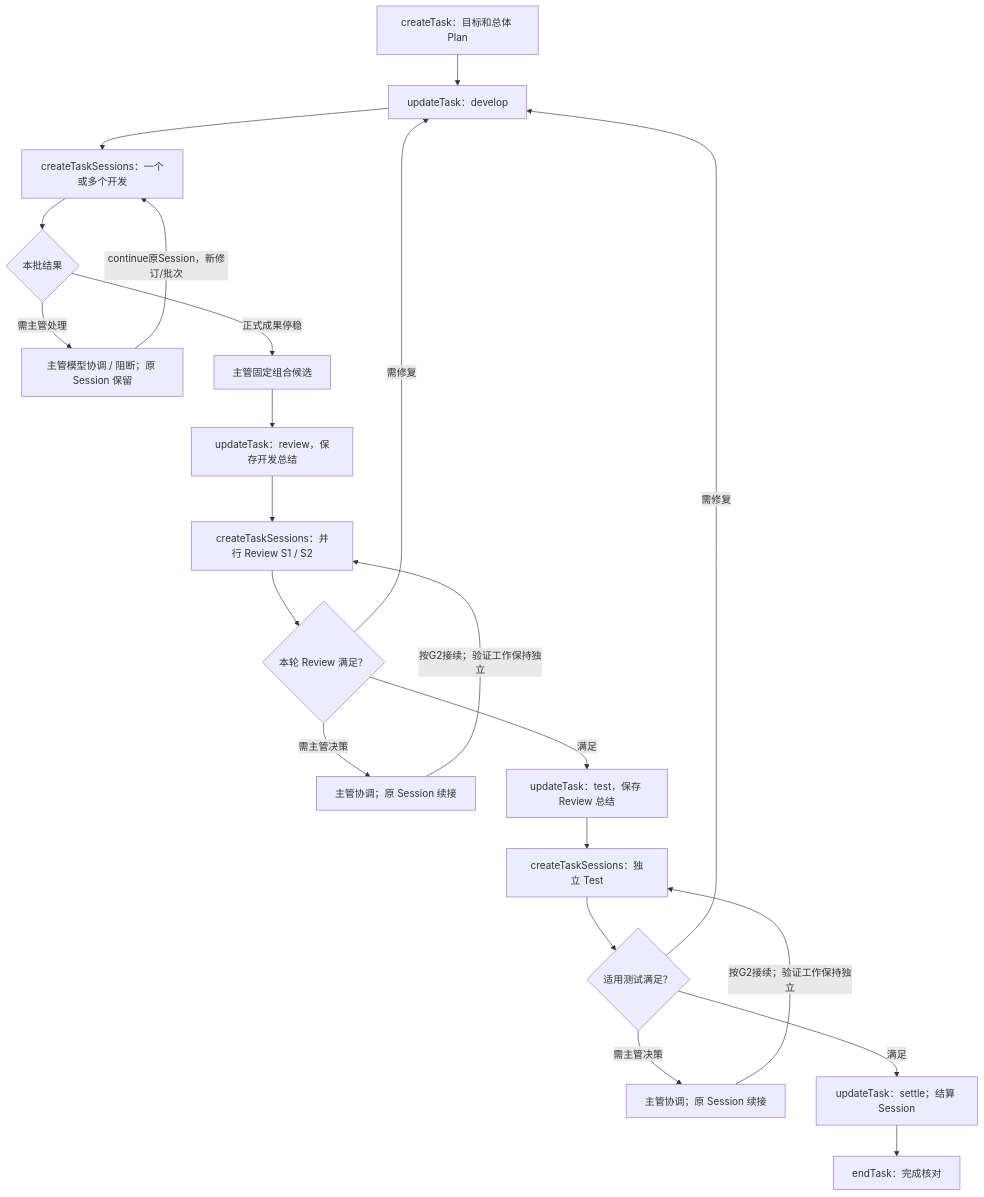
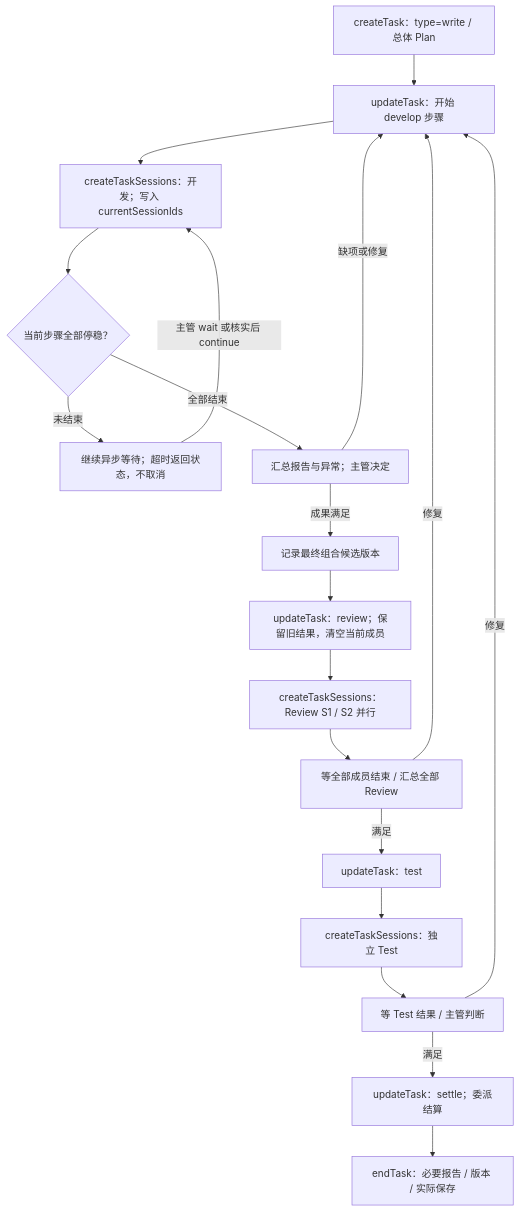
One commit to mojiaicrypto-ops/Kaiming changed the first of 3 diagrams in docs/technicalnew/messaging-and-collaboration.md. Above: the diagram before and after it, drawn with Mermaid. The commit also changed other lines of this file and 31 other files, not shown here.

````diff
--- a/docs/technicalnew/messaging-and-collaboration.md
+++ b/docs/technicalnew/messaging-and-collaboration.md
@@ -9,23 +9,21 @@
 ```mermaid
 flowchart TD
-  TASK[createTask：目标和总体 Plan] --> DEVPHASE[updateTask：develop]
-  DEVPHASE --> DEV[createTaskSessions：一个或多个开发]
-  DEV --> DOUT{本批结果}
-  DOUT -->|需主管处理| HANDLE[主管模型协调 / 阻断；原 Session 保留]
-  HANDLE -->|continue原Session，新修订/批次| DEV
-  DOUT -->|正式成果停稳| FIXED[主管固定组合候选]
-  FIXED --> REVIEWPHASE[updateTask：review，保存开发总结]
-  REVIEWPHASE --> REVIEWS[createTaskSessions：并行 Review S1 / S2]
-  REVIEWS --> ROK{本轮 Review 满足？}
-  ROK -->|需主管决策| RHANDLE[主管协调；原 Session 续接]
-  RHANDLE -->|按G2接续；验证工作保持独立| REVIEWS
-  ROK -->|需修复| DEVPHASE
-  ROK -->|满足| TESTPHASE[updateTask：test，保存 Review 总结]
+  TASK[createTask：type=write / 总体 Plan] --> DEVPHASE[updateTask：开始 develop 步骤]
+  DEVPHASE --> DEV[createTaskSessions：开发；写入 currentSessionIds]
+  DEV --> DOUT{当前步骤全部停稳？}
+  DOUT -->|未结束| WAIT[继续异步等待；超时返回状态，不取消]
+  WAIT -->|主管 wait 或核实后 continue| DEV
+  DOUT -->|全部结束| AGG[汇总报告与异常；主管决定]
+  AGG -->|缺项或修复| DEVPHASE
+  AGG -->|成果满足| FIXED[记录最终组合候选版本]
+  FIXED --> REVIEWPHASE[updateTask：review；保留旧结果，清空当前成员]
+  REVIEWPHASE --> REVIEWS[createTaskSessions：Review S1 / S2 并行]
+  REVIEWS --> ROK[等全部成员结束 / 汇总全部 Review]
+  ROK -->|修复| DEVPHASE
+  ROK -->|满足| TESTPHASE[updateTask：test]
   TESTPHASE --> TEST[createTaskSessions：独立 Test]
-  TEST --> TOK{适用测试满足？}
-  TOK -->|需修复| DEVPHASE
-  TOK -->|需主管决策| THANDLE[主管协调；原 Session 续接]
-  THANDLE -->|按G2接续；验证工作保持独立| TEST
-  TOK -->|满足| SETTLE[updateTask：settle；结算 Session]
-  SETTLE --> END[endTask：完成核对]
+  TEST --> TOK[等 Test 结果 / 主管判断]
+  TOK -->|修复| DEVPHASE
+  TOK -->|满足| SETTLE[updateTask：settle；委派结算]
+  SETTLE --> END[endTask：必要报告 / 版本 / 实际保存]
 ```
````
